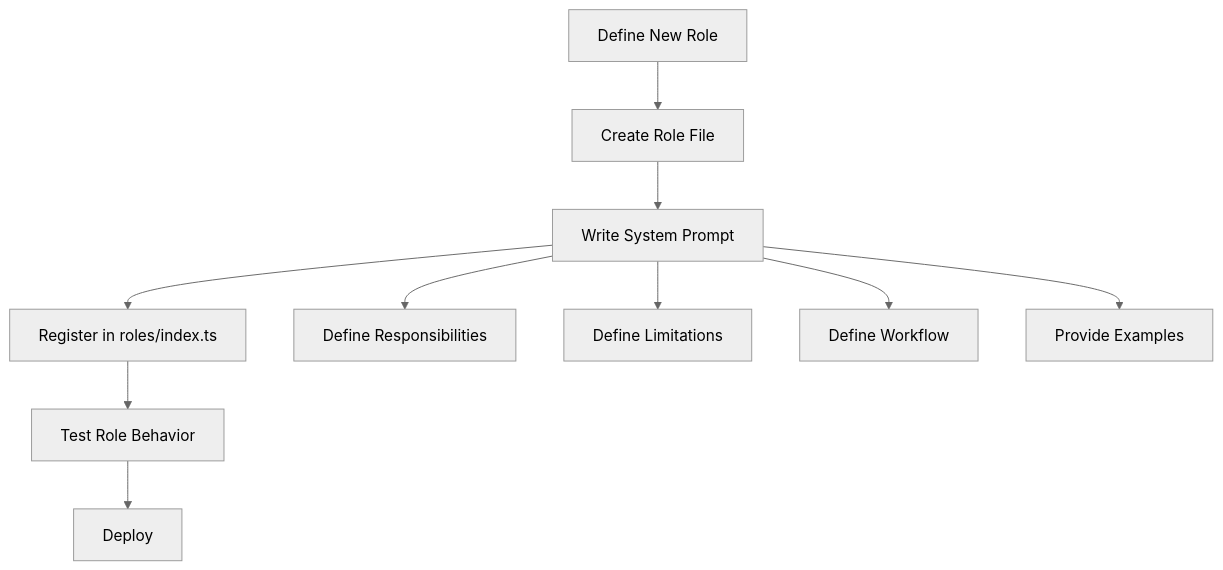
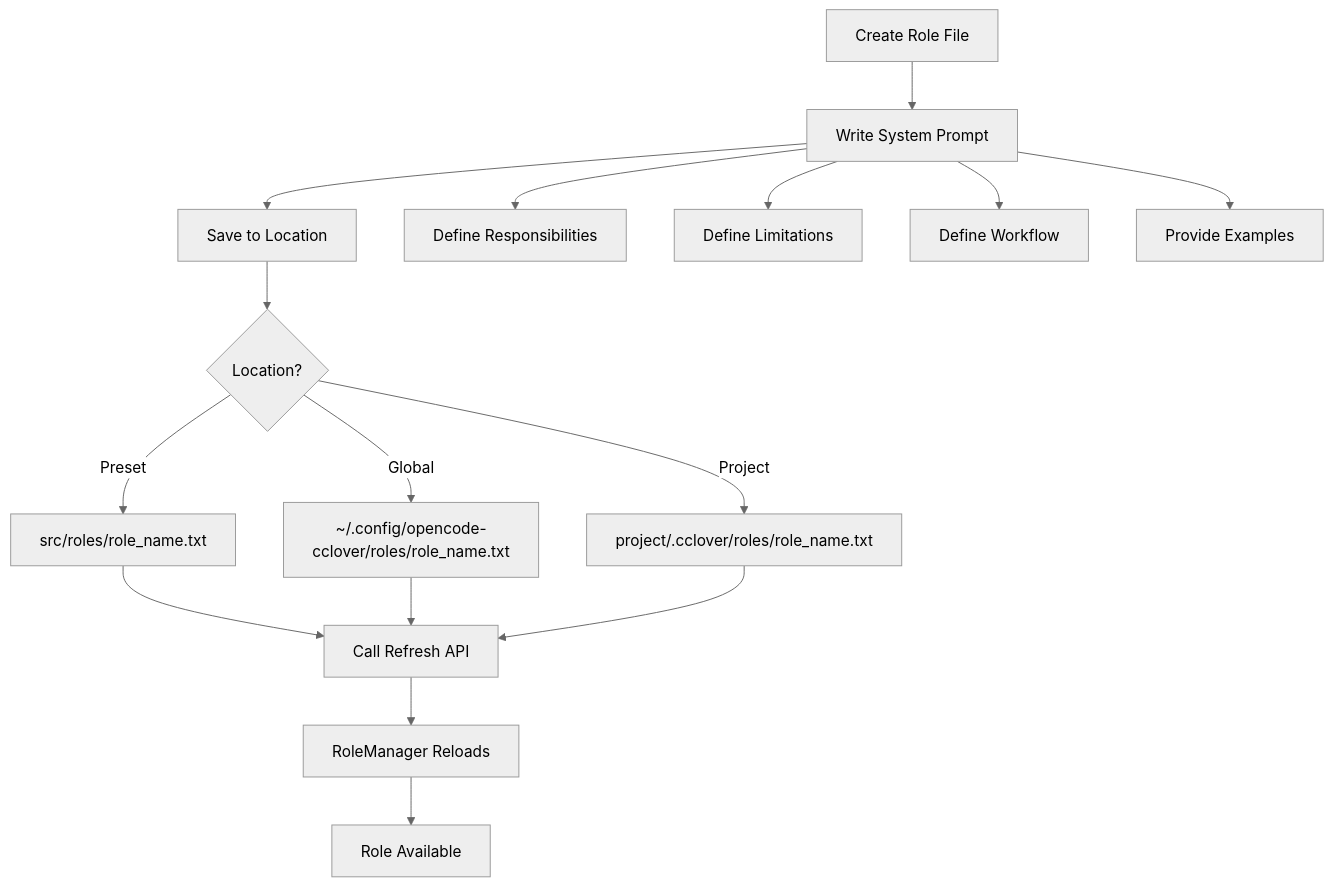
One commit to fkxxyz/opencode-cclover changed the second of 2 diagrams in docs/design-roles.md. Above: the diagram before and after it, drawn with Mermaid (neutral theme). The commit also changed other lines of this file and 16 other files, not shown here.

First line of the commit message:
feat: implement dynamic role management system

````diff
--- a/docs/design-roles.md
+++ b/docs/design-roles.md
@@ -257,13 +275,19 @@
 ```mermaid
 graph TD
-    A[Define New Role] --> B[Create Role File]
-    B --> C[Write System Prompt]
-    C --> D[Register in roles/index.ts]
-    D --> E[Test Role Behavior]
-    E --> F[Deploy]
+    A[Create Role File] --> B[Write System Prompt]
+    B --> C[Save to Location]
+    C --> D{Location?}
+    D -->|Preset| E[src/roles/role_name.txt]
+    D -->|Global| F[~/.config/opencode-cclover/roles/role_name.txt]
+    D -->|Project| G[project/.cclover/roles/role_name.txt]
+    E --> H[Call Refresh API]
+    F --> H
+    G --> H
+    H --> I[RoleManager Reloads]
+    I --> J[Role Available]
     
-    C --> G[Define Responsibilities]
-    C --> H[Define Limitations]
-    C --> I[Define Workflow]
-    C --> J[Provide Examples]
+    B --> K[Define Responsibilities]
+    B --> L[Define Limitations]
+    B --> M[Define Workflow]
+    B --> N[Provide Examples]
 ```
````
